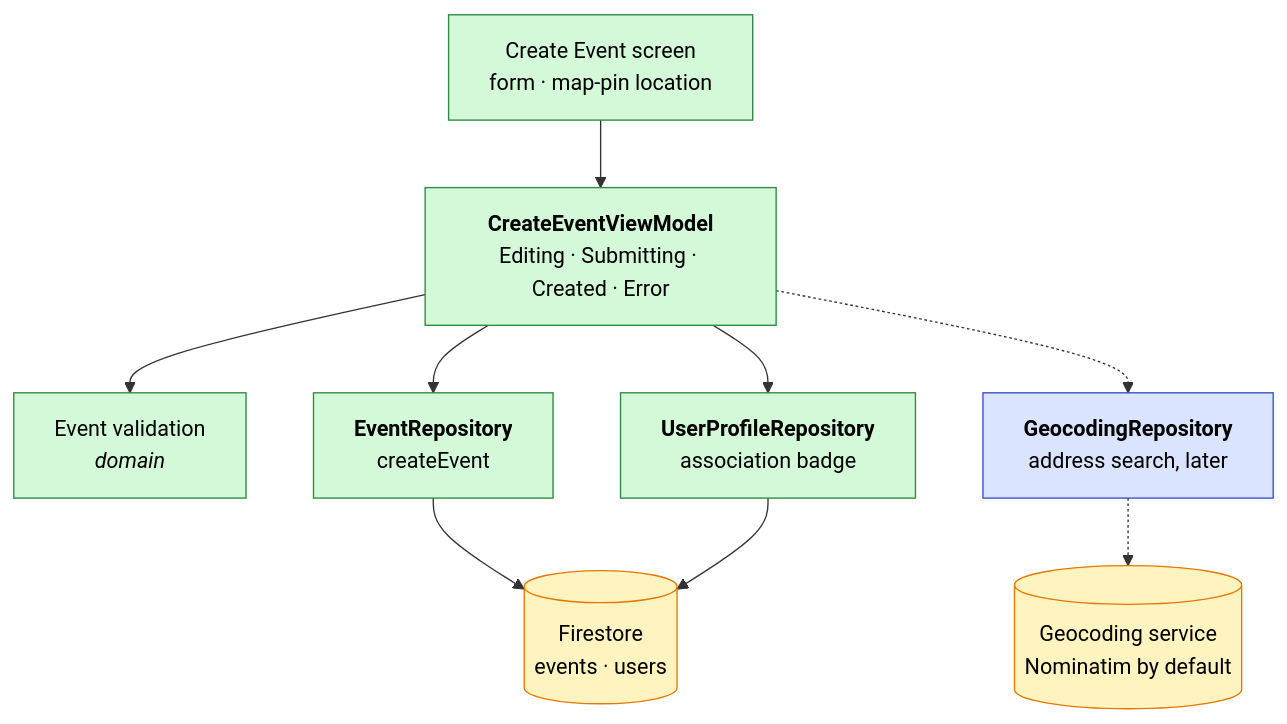
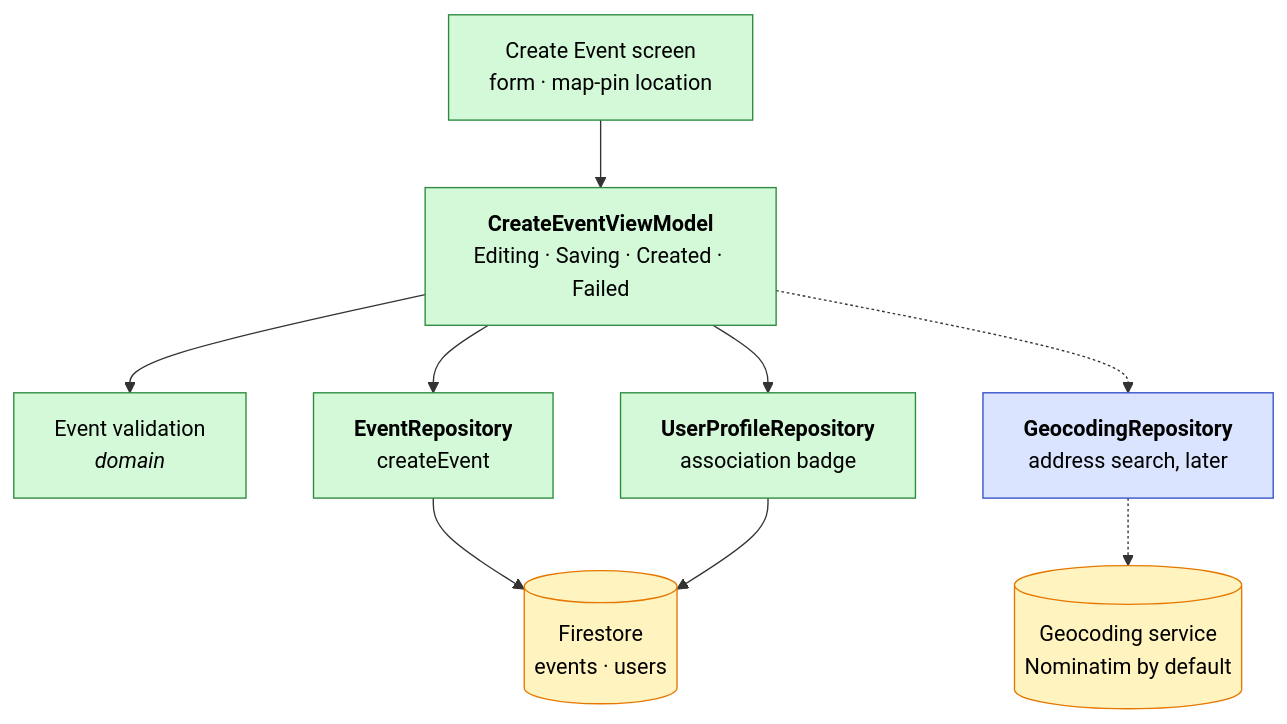
One commit to swent-polysocial/PolySocial changed the fifth of 11 diagrams in docs/Architecture-Diagram.md. Above: the diagram before and after it, drawn with Mermaid. The commit also changed 2 other files, not shown here.

Commit message:
refactor(event): rename Submitting status to Saving
The commits, the PR and the canSubmit KDoc call this state "saving",
so the code now uses the same word. The architecture diagram also
named the failure state "Error" instead of Failed.

Refs #46

````diff
--- a/docs/Architecture-Diagram.md
+++ b/docs/Architecture-Diagram.md
@@ -153,15 +153,15 @@
 ```mermaid
 flowchart TB
   classDef s1 fill:#d3f9d8,stroke:#2b8a3e,color:#000
   classDef pb fill:#dbe4ff,stroke:#364fc7,color:#000
   classDef ext fill:#fff3bf,stroke:#e67700,color:#000
 
-  createS["Create Event screen<br/>form · map-pin location"]:::s1 --> createVM["<b>CreateEventViewModel</b><br/>Editing · Submitting · Created · Error"]:::s1
+  createS["Create Event screen<br/>form · map-pin location"]:::s1 --> createVM["<b>CreateEventViewModel</b><br/>Editing · Saving · Created · Failed"]:::s1
   createVM --> valid["Event validation<br/><i>domain</i>"]:::s1
   createVM --> ev["<b>EventRepository</b><br/>createEvent"]:::s1
   createVM --> prof["<b>UserProfileRepository</b><br/>association badge"]:::s1
   createVM -.-> geo["<b>GeocodingRepository</b><br/>address search, later"]:::pb
   ev --> fs[("Firestore<br/>events · users")]:::ext
   prof --> fs
   geo -.-> nom[("Geocoding service<br/>Nominatim by default")]:::ext
 ```
````
